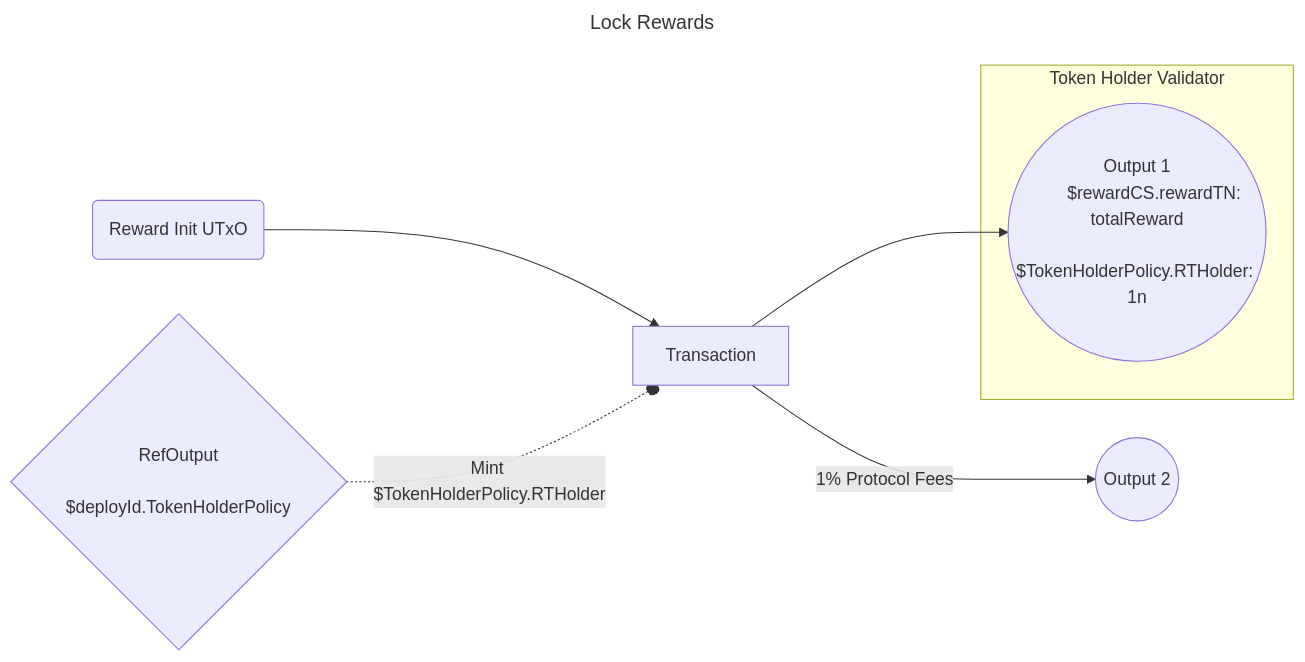
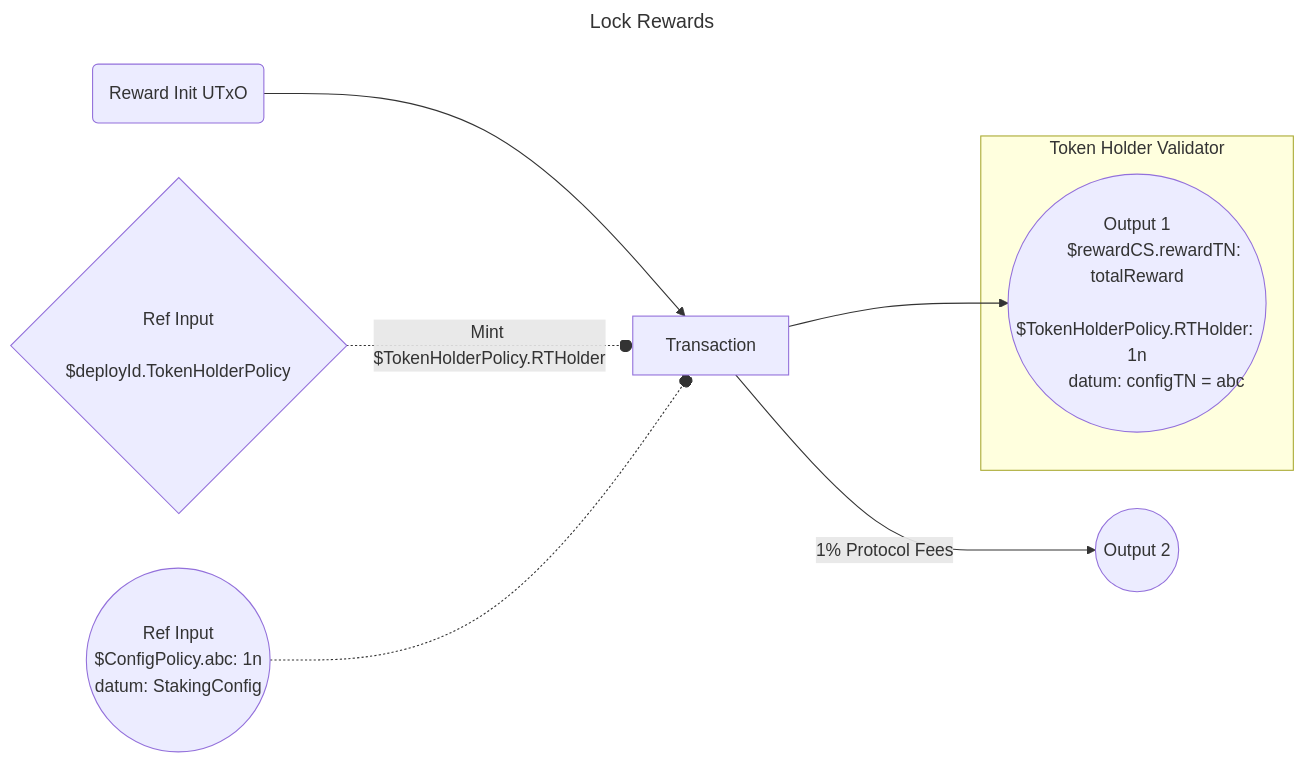
One commit to Anastasia-Labs/single-asset-staking-offchain changed the fourth of 9 diagrams in README.md. Above: the diagram before and after it, drawn with Mermaid. The commit also changed other lines of this file, not shown here.

````diff
--- a/README.md
+++ b/README.md
@@ -164,19 +176,23 @@
 ```mermaid
 ---
 title: Lock Rewards
 ---
 graph LR
     I1(Reward Init UTxO)
     TX[ Transaction ]
     subgraph Token Holder Validator
     O1(("Output 1
         $rewardCS.rewardTN: totalReward
-        $TokenHolderPolicy.RTHolder: 1n "))
+        $TokenHolderPolicy.RTHolder: 1n
+        datum: configTN = abc"))
     end
     O2(("Output 2"))
     I1 --> TX
-    MP{"RefOutput
+    MP{"Ref Input
       $deployId.TokenHolderPolicy"}  -.-o|Mint $TokenHolderPolicy.RTHolder| TX
     TX --> O1
     TX -->|1% Protocol Fees| O2
+    R1(("Ref Input
+        $ConfigPolicy.abc: 1n
+        datum: StakingConfig")) -.-o TX
 ```
````
